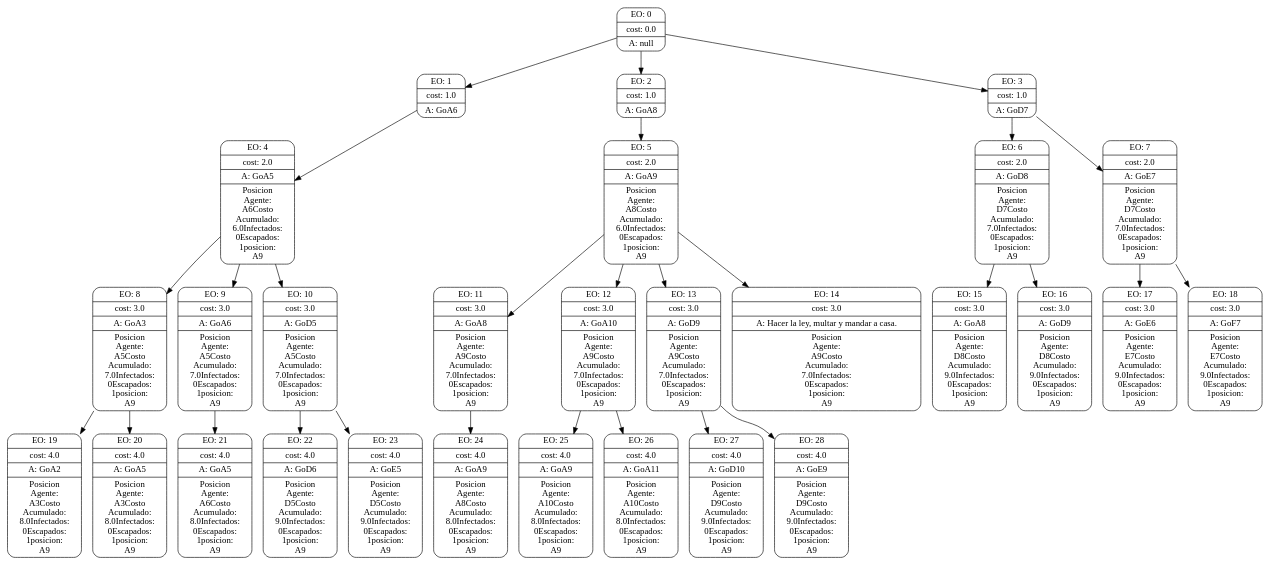
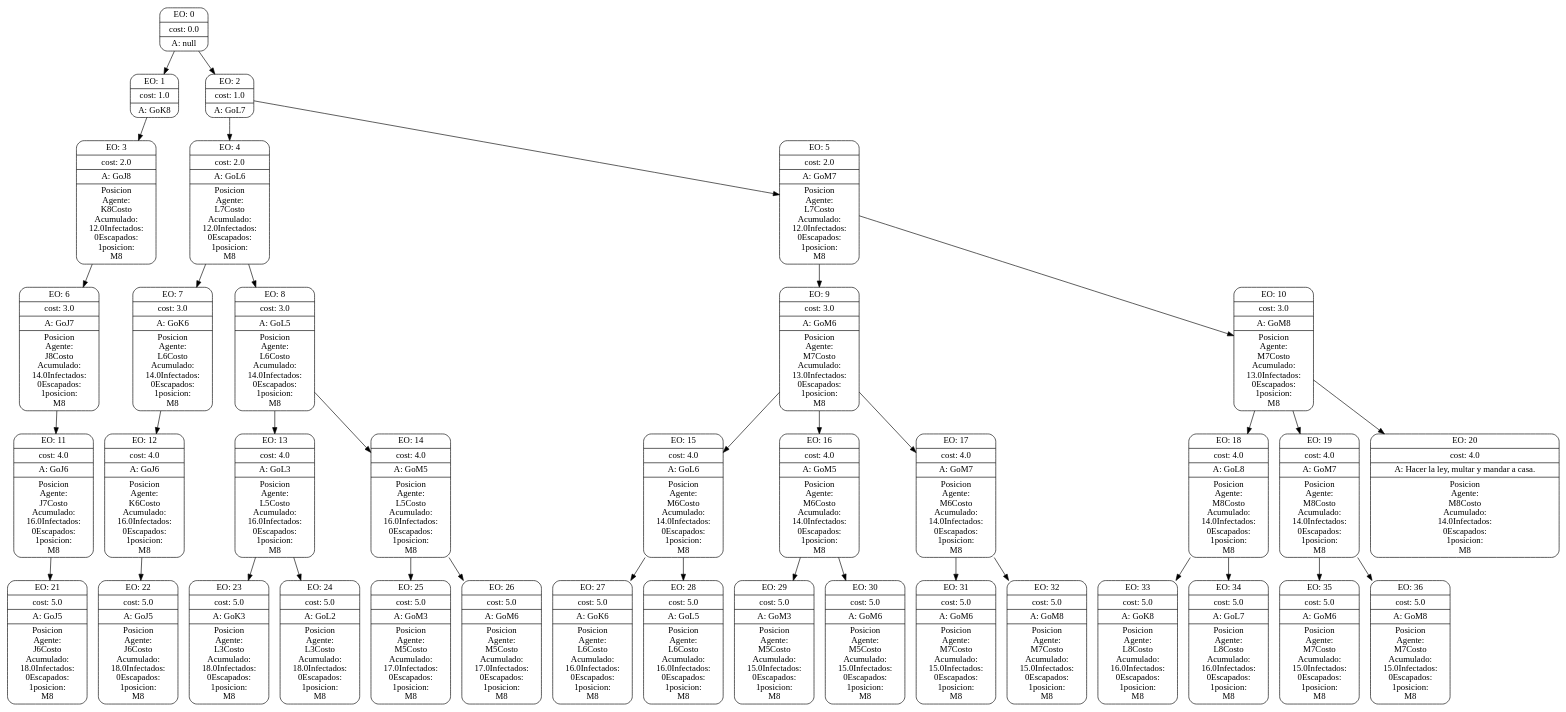
The diagram in inteligenciaArtificialTP1/searchGVTrees/5.dot (eliasbrizi/tp1IA), drawn with Graphviz before and after one commit. The commit also changed 211 other files, not shown here.

```diff
--- a/inteligenciaArtificialTP1/searchGVTrees/5.dot
+++ b/inteligenciaArtificialTP1/searchGVTrees/5.dot
@@ -1,240 +1,318 @@
 digraph g {
 node [shape = Mrecord];
 nodo0[label="{EO: 0|cost: 0.0|A: null}"]
-nodo1[label="{EO: 1|cost: 1.0|A: GoA6}"]
-nodo4[label="{EO: 4|cost: 2.0|A: GoA5|
-Posicion\nAgente:\nA6
-Costo\nAcumulado:\n6.0
+nodo1[label="{EO: 1|cost: 1.0|A: GoK8}"]
+nodo3[label="{EO: 3|cost: 2.0|A: GoJ8|
+Posicion\nAgente:\nK8
+Costo\nAcumulado:\n12.0
 Infectados:\n0
 Escapados:\n1
-	posicion:\nA9
+	posicion:\nM8
 }"]
-nodo8[label="{EO: 8|cost: 3.0|A: GoA3|
-Posicion\nAgente:\nA5
-Costo\nAcumulado:\n7.0
+nodo6[label="{EO: 6|cost: 3.0|A: GoJ7|
+Posicion\nAgente:\nJ8
+Costo\nAcumulado:\n14.0
 Infectados:\n0
 Escapados:\n1
-	posicion:\nA9
+	posicion:\nM8
 }"]
-nodo19[label="{EO: 19|cost: 4.0|A: GoA2|
-Posicion\nAgente:\nA3
-Costo\nAcumulado:\n8.0
+nodo11[label="{EO: 11|cost: 4.0|A: GoJ6|
+Posicion\nAgente:\nJ7
+Costo\nAcumulado:\n16.0
 Infectados:\n0
 Escapados:\n1
-	posicion:\nA9
+	posicion:\nM8
+}"]
+nodo21[label="{EO: 21|cost: 5.0|A: GoJ5|
+Posicion\nAgente:\nJ6
+Costo\nAcumulado:\n18.0
+Infectados:\n0
+Escapados:\n1
+	posicion:\nM8
 }"]
 
-nodo8 -> nodo19;
-nodo20[label="{EO: 20|cost: 4.0|A: GoA5|
-Posicion\nAgente:\nA3
-Costo\nAcumulado:\n8.0
+nodo11 -> nodo21;
+
+nodo6 -> nodo11;
+
+nodo3 -> nodo6;
+
+nodo1 -> nodo3;
+
+nodo0 -> nodo1;
+nodo2[label="{EO: 2|cost: 1.0|A: GoL7}"]
+nodo4[label="{EO: 4|cost: 2.0|A: GoL6|
+Posicion\nAgente:\nL7
+Costo\nAcumulado:\n12.0
 Infectados:\n0
 Escapados:\n1
-	posicion:\nA9
+	posicion:\nM8
+}"]
+nodo7[label="{EO: 7|cost: 3.0|A: GoK6|
+Posicion\nAgente:\nL6
+Costo\nAcumulado:\n14.0
+Infectados:\n0
+Escapados:\n1
+	posicion:\nM8
+}"]
+nodo12[label="{EO: 12|cost: 4.0|A: GoJ6|
+Posicion\nAgente:\nK6
+Costo\nAcumulado:\n16.0
+Infectados:\n0
+Escapados:\n1
+	posicion:\nM8
+}"]
+nodo22[label="{EO: 22|cost: 5.0|A: GoJ5|
+Posicion\nAgente:\nJ6
+Costo\nAcumulado:\n18.0
+Infectados:\n0
+Escapados:\n1
+	posicion:\nM8
 }"]
 
-nodo8 -> nodo20;
+nodo12 -> nodo22;
+
+nodo7 -> nodo12;
+
+nodo4 -> nodo7;
+nodo8[label="{EO: 8|cost: 3.0|A: GoL5|
+Posicion\nAgente:\nL6
+Costo\nAcumulado:\n14.0
+Infectados:\n0
+Escapados:\n1
+	posicion:\nM8
+}"]
+nodo13[label="{EO: 13|cost: 4.0|A: GoL3|
+Posicion\nAgente:\nL5
+Costo\nAcumulado:\n16.0
+Infectados:\n0
+Escapados:\n1
+	posicion:\nM8
+}"]
+nodo23[label="{EO: 23|cost: 5.0|A: GoK3|
+Posicion\nAgente:\nL3
+Costo\nAcumulado:\n18.0
+Infectados:\n0
+Escapados:\n1
+	posicion:\nM8
+}"]
+
+nodo13 -> nodo23;
+nodo24[label="{EO: 24|cost: 5.0|A: GoL2|
+Posicion\nAgente:\nL3
+Costo\nAcumulado:\n18.0
+Infectados:\n0
+Escapados:\n1
+	posicion:\nM8
+}"]
+
+nodo13 -> nodo24;
+
+nodo8 -> nodo13;
+nodo14[label="{EO: 14|cost: 4.0|A: GoM5|
+Posicion\nAgente:\nL5
+Costo\nAcumulado:\n16.0
+Infectados:\n0
+Escapados:\n1
+	posicion:\nM8
+}"]
+nodo25[label="{EO: 25|cost: 5.0|A: GoM3|
+Posicion\nAgente:\nM5
+Costo\nAcumulado:\n17.0
+Infectados:\n0
+Escapados:\n1
+	posicion:\nM8
+}"]
+
+nodo14 -> nodo25;
+nodo26[label="{EO: 26|cost: 5.0|A: GoM6|
+Posicion\nAgente:\nM5
+Costo\nAcumulado:\n17.0
+Infectados:\n0
+Escapados:\n1
+	posicion:\nM8
+}"]
+
+nodo14 -> nodo26;
+
+nodo8 -> nodo14;
 
 nodo4 -> nodo8;
-nodo9[label="{EO: 9|cost: 3.0|A: GoA6|
-Posicion\nAgente:\nA5
-Costo\nAcumulado:\n7.0
+
+nodo2 -> nodo4;
+nodo5[label="{EO: 5|cost: 2.0|A: GoM7|
+Posicion\nAgente:\nL7
+Costo\nAcumulado:\n12.0
 Infectados:\n0
 Escapados:\n1
-	posicion:\nA9
+	posicion:\nM8
 }"]
-nodo21[label="{EO: 21|cost: 4.0|A: GoA5|
-Posicion\nAgente:\nA6
-Costo\nAcumulado:\n8.0
+nodo9[label="{EO: 9|cost: 3.0|A: GoM6|
+Posicion\nAgente:\nM7
+Costo\nAcumulado:\n13.0
 Infectados:\n0
 Escapados:\n1
-	posicion:\nA9
+	posicion:\nM8
+}"]
+nodo15[label="{EO: 15|cost: 4.0|A: GoL6|
+Posicion\nAgente:\nM6
+Costo\nAcumulado:\n14.0
+Infectados:\n0
+Escapados:\n1
+	posicion:\nM8
+}"]
+nodo27[label="{EO: 27|cost: 5.0|A: GoK6|
+Posicion\nAgente:\nL6
+Costo\nAcumulado:\n16.0
+Infectados:\n0
+Escapados:\n1
+	posicion:\nM8
 }"]
 
-nodo9 -> nodo21;
-
-nodo4 -> nodo9;
-nodo10[label="{EO: 10|cost: 3.0|A: GoD5|
-Posicion\nAgente:\nA5
-Costo\nAcumulado:\n7.0
+nodo15 -> nodo27;
+nodo28[label="{EO: 28|cost: 5.0|A: GoL5|
+Posicion\nAgente:\nL6
+Costo\nAcumulado:\n16.0
 Infectados:\n0
 Escapados:\n1
-	posicion:\nA9
+	posicion:\nM8
 }"]
-nodo22[label="{EO: 22|cost: 4.0|A: GoD6|
-Posicion\nAgente:\nD5
-Costo\nAcumulado:\n9.0
+
+nodo15 -> nodo28;
+
+nodo9 -> nodo15;
+nodo16[label="{EO: 16|cost: 4.0|A: GoM5|
+Posicion\nAgente:\nM6
+Costo\nAcumulado:\n14.0
 Infectados:\n0
 Escapados:\n1
-	posicion:\nA9
+	posicion:\nM8
+}"]
+nodo29[label="{EO: 29|cost: 5.0|A: GoM3|
+Posicion\nAgente:\nM5
+Costo\nAcumulado:\n15.0
+Infectados:\n0
+Escapados:\n1
+	posicion:\nM8
 }"]
 
-nodo10 -> nodo22;
-nodo23[label="{EO: 23|cost: 4.0|A: GoE5|
-Posicion\nAgente:\nD5
-Costo\nAcumulado:\n9.0
+nodo16 -> nodo29;
+nodo30[label="{EO: 30|cost: 5.0|A: GoM6|
+Posicion\nAgente:\nM5
+Costo\nAcumulado:\n15.0
 Infectados:\n0
 Escapados:\n1
-	posicion:\nA9
+	posicion:\nM8
 }"]
 
-nodo10 -> nodo23;
+nodo16 -> nodo30;
 
-nodo4 -> nodo10;
-
-nodo1 -> nodo4;
-
-nodo0 -> nodo1;
-nodo2[label="{EO: 2|cost: 1.0|A: GoA8}"]
-nodo5[label="{EO: 5|cost: 2.0|A: GoA9|
-Posicion\nAgente:\nA8
-Costo\nAcumulado:\n6.0
+nodo9 -> nodo16;
+nodo17[label="{EO: 17|cost: 4.0|A: GoM7|
+Posicion\nAgente:\nM6
+Costo\nAcumulado:\n14.0
 Infectados:\n0
 Escapados:\n1
-	posicion:\nA9
+	posicion:\nM8
 }"]
-nodo11[label="{EO: 11|cost: 3.0|A: GoA8|
-Posicion\nAgente:\nA9
-Costo\nAcumulado:\n7.0
+nodo31[label="{EO: 31|cost: 5.0|A: GoM6|
+Posicion\nAgente:\nM7
+Costo\nAcumulado:\n15.0
 Infectados:\n0
 Escapados:\n1
-	posicion:\nA9
+	posicion:\nM8
 }"]
-nodo24[label="{EO: 24|cost: 4.0|A: GoA9|
-Posicion\nAgente:\nA8
-Costo\nAcumulado:\n8.0
+
+nodo17 -> nodo31;
+nodo32[label="{EO: 32|cost: 5.0|A: GoM8|
+Posicion\nAgente:\nM7
+Costo\nAcumulado:\n15.0
 Infectados:\n0
 Escapados:\n1
-	posicion:\nA9
+	posicion:\nM8
 }"]
 
-nodo11 -> nodo24;
+nodo17 -> nodo32;
 
-nodo5 -> nodo11;
-nodo12[label="{EO: 12|cost: 3.0|A: GoA10|
-Posicion\nAgente:\nA9
-Costo\nAcumulado:\n7.0
+nodo9 -> nodo17;
+
+nodo5 -> nodo9;
+nodo10[label="{EO: 10|cost: 3.0|A: GoM8|
+Posicion\nAgente:\nM7
+Costo\nAcumulado:\n13.0
 Infectados:\n0
 Escapados:\n1
-	posicion:\nA9
+	posicion:\nM8
 }"]
-nodo25[label="{EO: 25|cost: 4.0|A: GoA9|
-Posicion\nAgente:\nA10
-Costo\nAcumulado:\n8.0
+nodo18[label="{EO: 18|cost: 4.0|A: GoL8|
+Posicion\nAgente:\nM8
+Costo\nAcumulado:\n14.0
 Infectados:\n0
 Escapados:\n1
-	posicion:\nA9
+	posicion:\nM8
+}"]
+nodo33[label="{EO: 33|cost: 5.0|A: GoK8|
+Posicion\nAgente:\nL8
+Costo\nAcumulado:\n16.0
+Infectados:\n0
+Escapados:\n1
+	posicion:\nM8
 }"]
 
-nodo12 -> nodo25;
-nodo26[label="{EO: 26|cost: 4.0|A: GoA11|
-Posicion\nAgente:\nA10
-Costo\nAcumulado:\n8.0
+nodo18 -> nodo33;
+nodo34[label="{EO: 34|cost: 5.0|A: GoL7|
+Posicion\nAgente:\nL8
+Costo\nAcumulado:\n16.0
 Infectados:\n0
 Escapados:\n1
-	posicion:\nA9
+	posicion:\nM8
 }"]
 
-nodo12 -> nodo26;
+nodo18 -> nodo34;
 
-nodo5 -> nodo12;
-nodo13[label="{EO: 13|cost: 3.0|A: GoD9|
-Posicion\nAgente:\nA9
-Costo\nAcumulado:\n7.0
+nodo10 -> nodo18;
+nodo19[label="{EO: 19|cost: 4.0|A: GoM7|
+Posicion\nAgente:\nM8
+Costo\nAcumulado:\n14.0
 Infectados:\n0
 Escapados:\n1
-	posicion:\nA9
+	posicion:\nM8
 }"]
-nodo27[label="{EO: 27|cost: 4.0|A: GoD10|
-Posicion\nAgente:\nD9
-Costo\nAcumulado:\n9.0
+nodo35[label="{EO: 35|cost: 5.0|A: GoM6|
+Posicion\nAgente:\nM7
+Costo\nAcumulado:\n15.0
 Infectados:\n0
 Escapados:\n1
-	posicion:\nA9
+	posicion:\nM8
 }"]
 
-nodo13 -> nodo27;
-nodo28[label="{EO: 28|cost: 4.0|A: GoE9|
-Posicion\nAgente:\nD9
-Costo\nAcumulado:\n9.0
+nodo19 -> nodo35;
+nodo36[label="{EO: 36|cost: 5.0|A: GoM8|
+Posicion\nAgente:\nM7
+Costo\nAcumulado:\n15.0
 Infectados:\n0
 Escapados:\n1
-	posicion:\nA9
+	posicion:\nM8
 }"]
 
-nodo13 -> nodo28;
+nodo19 -> nodo36;
 
-nodo5 -> nodo13;
-nodo14[label="{EO: 14|cost: 3.0|A: Hacer la ley, multar y mandar a casa.|
-Posicion\nAgente:\nA9
-Costo\nAcumulado:\n7.0
+nodo10 -> nodo19;
+nodo20[label="{EO: 20|cost: 4.0|A: Hacer la ley, multar y mandar a casa.|
+Posicion\nAgente:\nM8
+Costo\nAcumulado:\n14.0
 Infectados:\n0
 Escapados:\n1
-	posicion:\nA9
+	posicion:\nM8
 }"]
 
-nodo5 -> nodo14;
+nodo10 -> nodo20;
+
+nodo5 -> nodo10;
 
 nodo2 -> nodo5;
 
 nodo0 -> nodo2;
-nodo3[label="{EO: 3|cost: 1.0|A: GoD7}"]
-nodo6[label="{EO: 6|cost: 2.0|A: GoD8|
-Posicion\nAgente:\nD7
-Costo\nAcumulado:\n7.0
-Infectados:\n0
-Escapados:\n1
-	posicion:\nA9
-}"]
-nodo15[label="{EO: 15|cost: 3.0|A: GoA8|
-Posicion\nAgente:\nD8
-Costo\nAcumulado:\n9.0
-Infectados:\n0
-Escapados:\n1
-	posicion:\nA9
-}"]
-
-nodo6 -> nodo15;
-nodo16[label="{EO: 16|cost: 3.0|A: GoD9|
-Posicion\nAgente:\nD8
-Costo\nAcumulado:\n9.0
-Infectados:\n0
-Escapados:\n1
-	posicion:\nA9
-}"]
-
-nodo6 -> nodo16;
-
-nodo3 -> nodo6;
-nodo7[label="{EO: 7|cost: 2.0|A: GoE7|
-Posicion\nAgente:\nD7
-Costo\nAcumulado:\n7.0
-Infectados:\n0
-Escapados:\n1
-	posicion:\nA9
-}"]
-nodo17[label="{EO: 17|cost: 3.0|A: GoE6|
-Posicion\nAgente:\nE7
-Costo\nAcumulado:\n9.0
-Infectados:\n0
-Escapados:\n1
-	posicion:\nA9
-}"]
-
-nodo7 -> nodo17;
-nodo18[label="{EO: 18|cost: 3.0|A: GoF7|
-Posicion\nAgente:\nE7
-Costo\nAcumulado:\n9.0
-Infectados:\n0
-Escapados:\n1
-	posicion:\nA9
-}"]
-
-nodo7 -> nodo18;
-
-nodo3 -> nodo7;
-
-nodo0 -> nodo3;
 
 
 }
```
